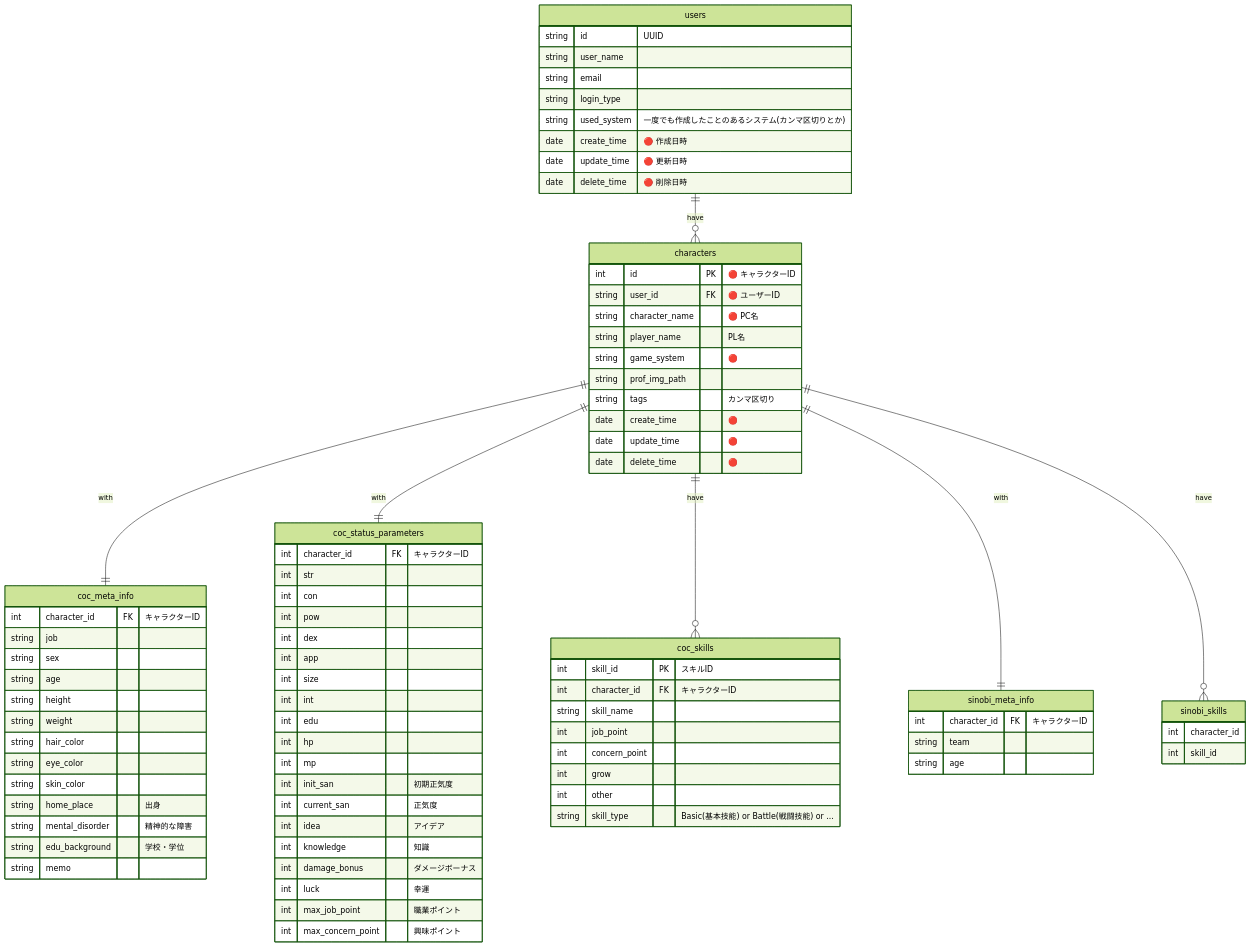
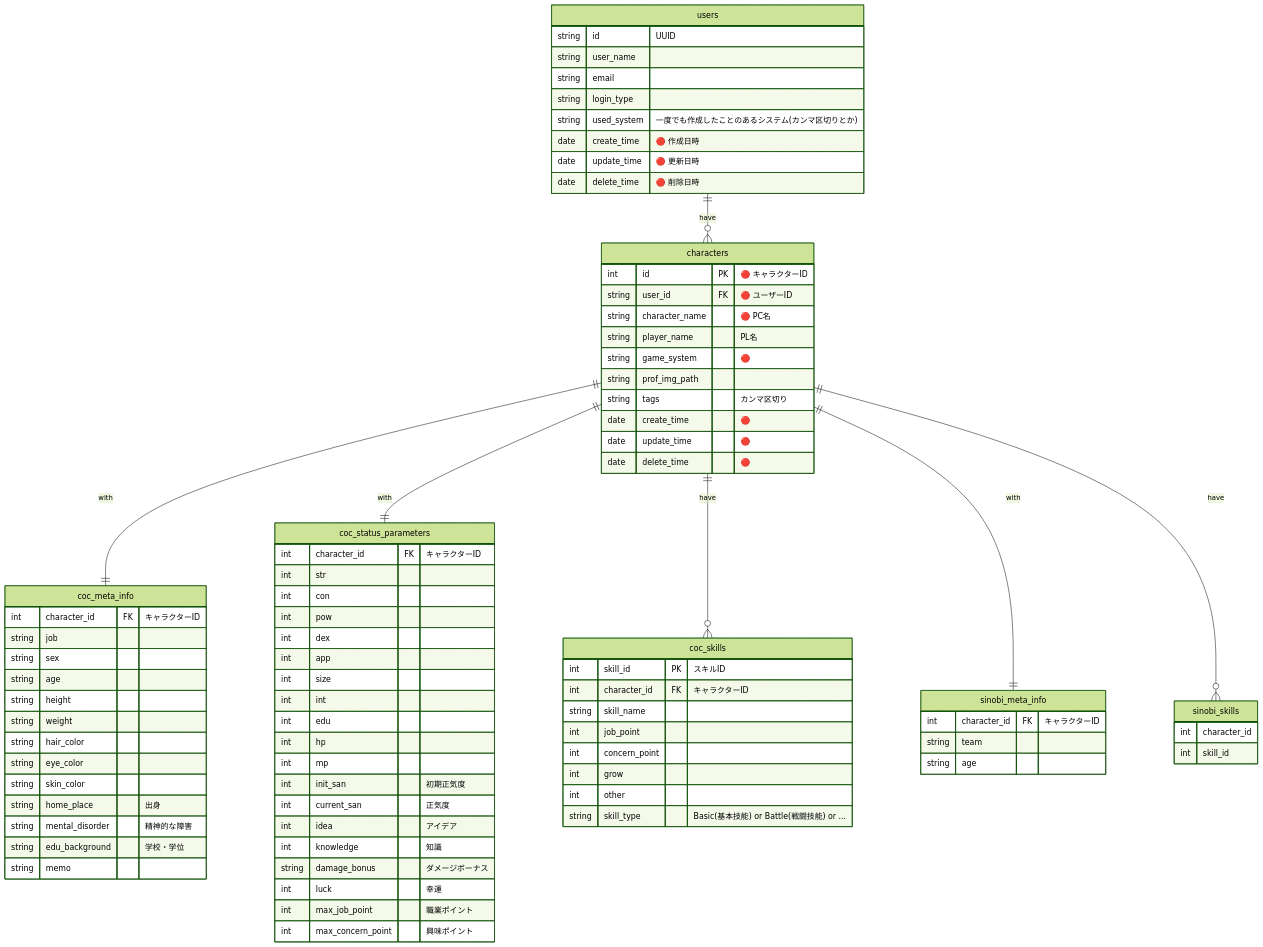
The diagram in docs/enthithi.md (kitsystemyou/character-manager-backend), drawn with Mermaid (forest theme) before and after one commit. The commit also changed 3 other files, not shown here.

Commit message:
Fix damage bonus column int->string

```diff
--- a/docs/enthithi.md
+++ b/docs/enthithi.md
@@ -65,7 +65,7 @@
   int current_san "正気度"
   int idea "アイデア"
   int knowledge "知識"
-  int damage_bonus "ダメージボーナス"
+  string damage_bonus "ダメージボーナス"
   int luck "幸運"
   int max_job_point "職業ポイント"
   int max_concern_point "興味ポイント"
```
